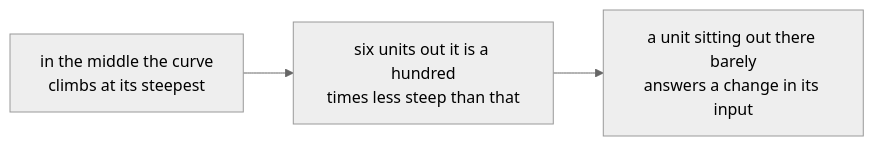
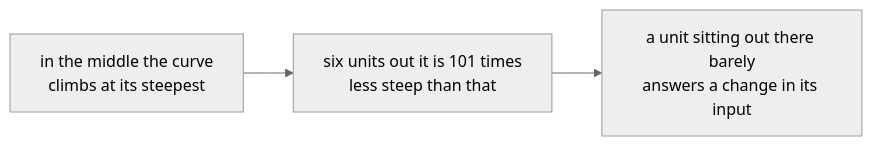
Before and after one commit to konradcinkusz/math-for-ai-engineers: the diagram in figures/mermaid/en/f07-saturation.mmd, drawn with Mermaid (neutral theme). The commit also changed 24 other files, not shown here.

```diff
--- a/figures/mermaid/en/f07-saturation.mmd
+++ b/figures/mermaid/en/f07-saturation.mmd
@@ -1,4 +1,4 @@
 flowchart LR
   A["in the middle the curve<br/>climbs at its steepest"]
-  A --> B["six units out it is a hundred<br/>times less steep than that"]
+  A --> B["six units out it is 101 times<br/>less steep than that"]
   B --> C["a unit sitting out there barely<br/>answers a change in its input"]
```
